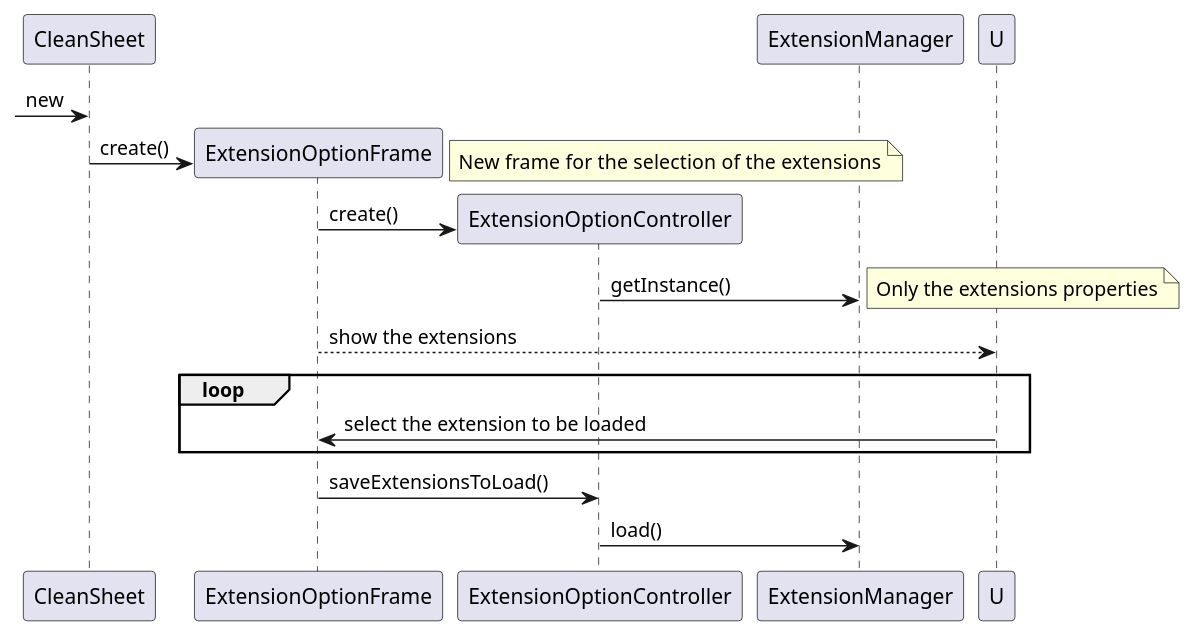
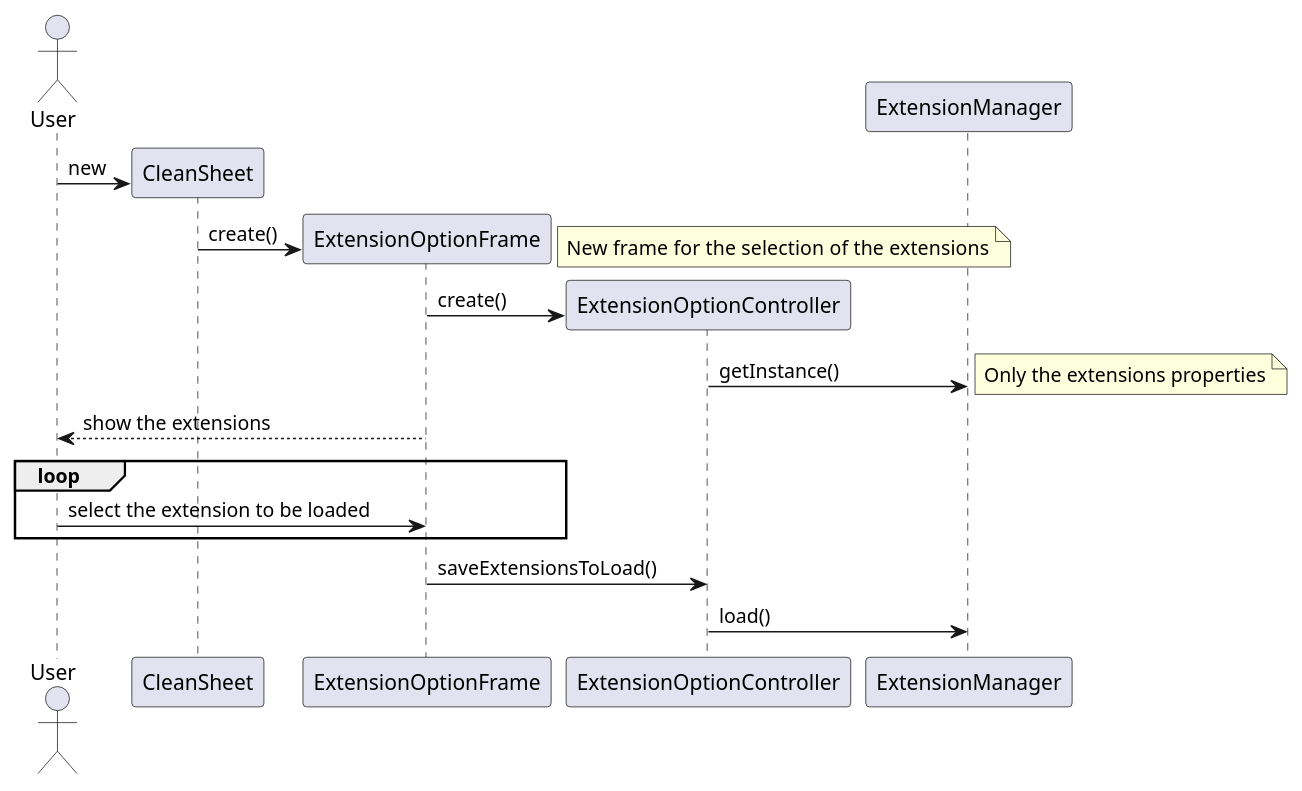
Before and after one commit to MikeTekOn/lapr4-2017-2dd: the diagram in src/main/java/lapr4/green/s2/core/n1150657/extensions/auto_description_extensions_design1.puml, drawn with PlantUML. The commit also changed 23 other files, not shown here.

```diff
--- a/src/main/java/lapr4/green/s2/core/n1150657/extensions/auto_description_extensions_design1.puml
+++ b/src/main/java/lapr4/green/s2/core/n1150657/extensions/auto_description_extensions_design1.puml
@@ -1,27 +1,28 @@
 @startuml auto_description_extensions_design1.png
+    actor User as U
     participant CleanSheet as CS
     participant ExtensionOptionFrame as EOF 
     participant ExtensionOptionController as EOC
     participant ExtensionManager as EM
 
 create CS
-    -> CS : new
+    U -> CS : new
 create EOF
     CS -> EOF : create()
 note right : New frame  for the selection of the extensions
 create EOC
     EOF -> EOC : create()
     EOC -> EM : getInstance()
 note right : Only the extensions properties
     U <-- EOF : show the extensions
 loop
     U -> EOF : select the extension to be loaded
 end loop
     EOF -> EOC : saveExtensionsToLoad()
     EOC -> EM : load()
 
     
     
 
 
 @enduml
```
